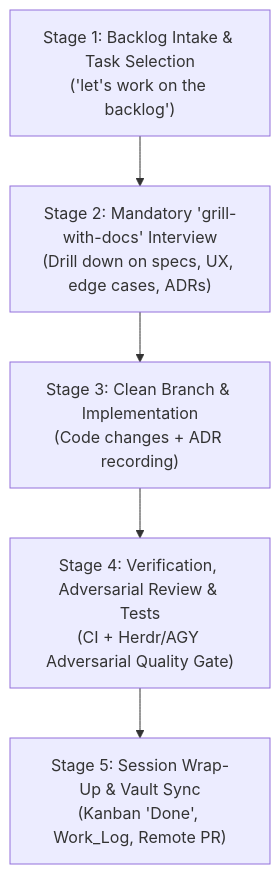
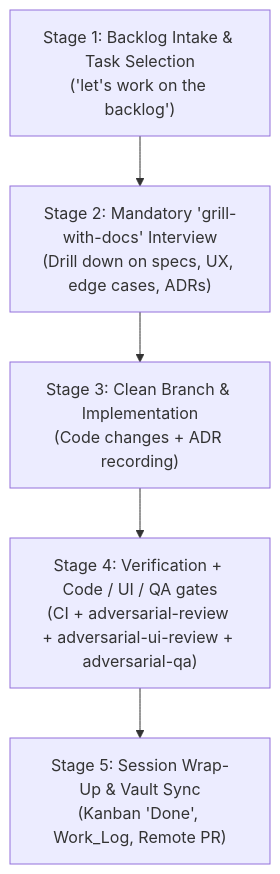
One commit to supreethks/dotfiles changed the diagram in agents/skills/obsidian-project-tracker/SKILL.md. Above: the diagram before and after it, drawn with Mermaid. The commit also changed other lines of this file and 38 other files, not shown here.

````diff
--- a/agents/skills/obsidian-project-tracker/SKILL.md
+++ b/agents/skills/obsidian-project-tracker/SKILL.md
@@ -80,7 +80,7 @@
 ```mermaid
 flowchart TD
     A["Stage 1: Backlog Intake & Task Selection\n('let's work on the backlog')"] --> B["Stage 2: Mandatory 'grill-with-docs' Interview\n(Drill down on specs, UX, edge cases, ADRs)"]
     B --> C["Stage 3: Clean Branch & Implementation\n(Code changes + ADR recording)"]
-    C --> D["Stage 4: Verification, Adversarial Review & Tests\n(CI + Herdr/AGY Adversarial Quality Gate)"]
+    C --> D["Stage 4: Verification + Code / UI / QA gates\n(CI + adversarial-review + adversarial-ui-review + adversarial-qa)"]
     D --> E["Stage 5: Session Wrap-Up & Vault Sync\n(Kanban 'Done', Work_Log, Remote PR)"]
 ```
````
